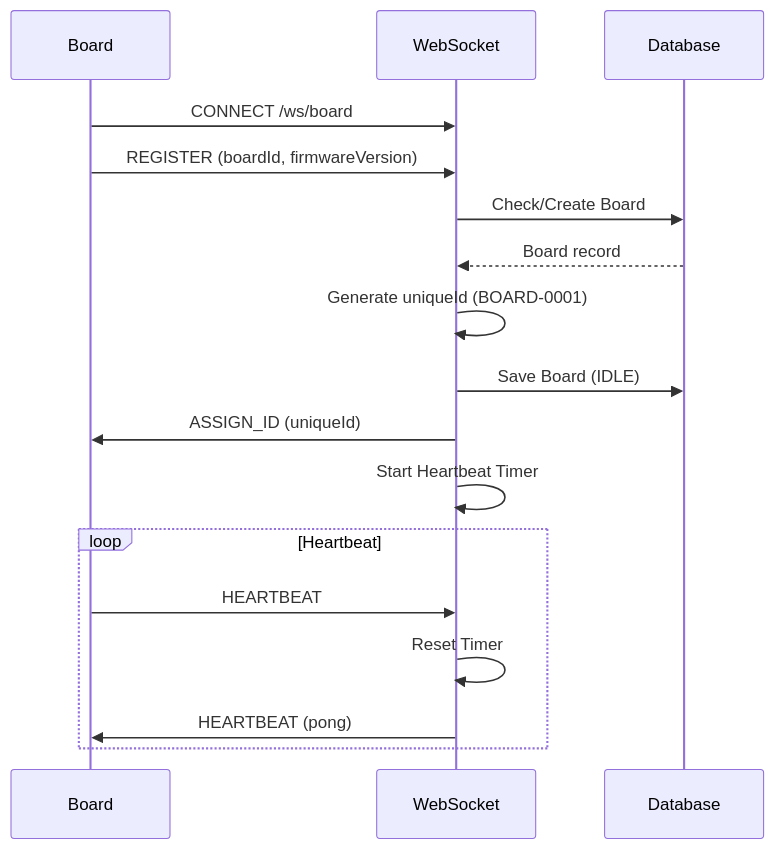
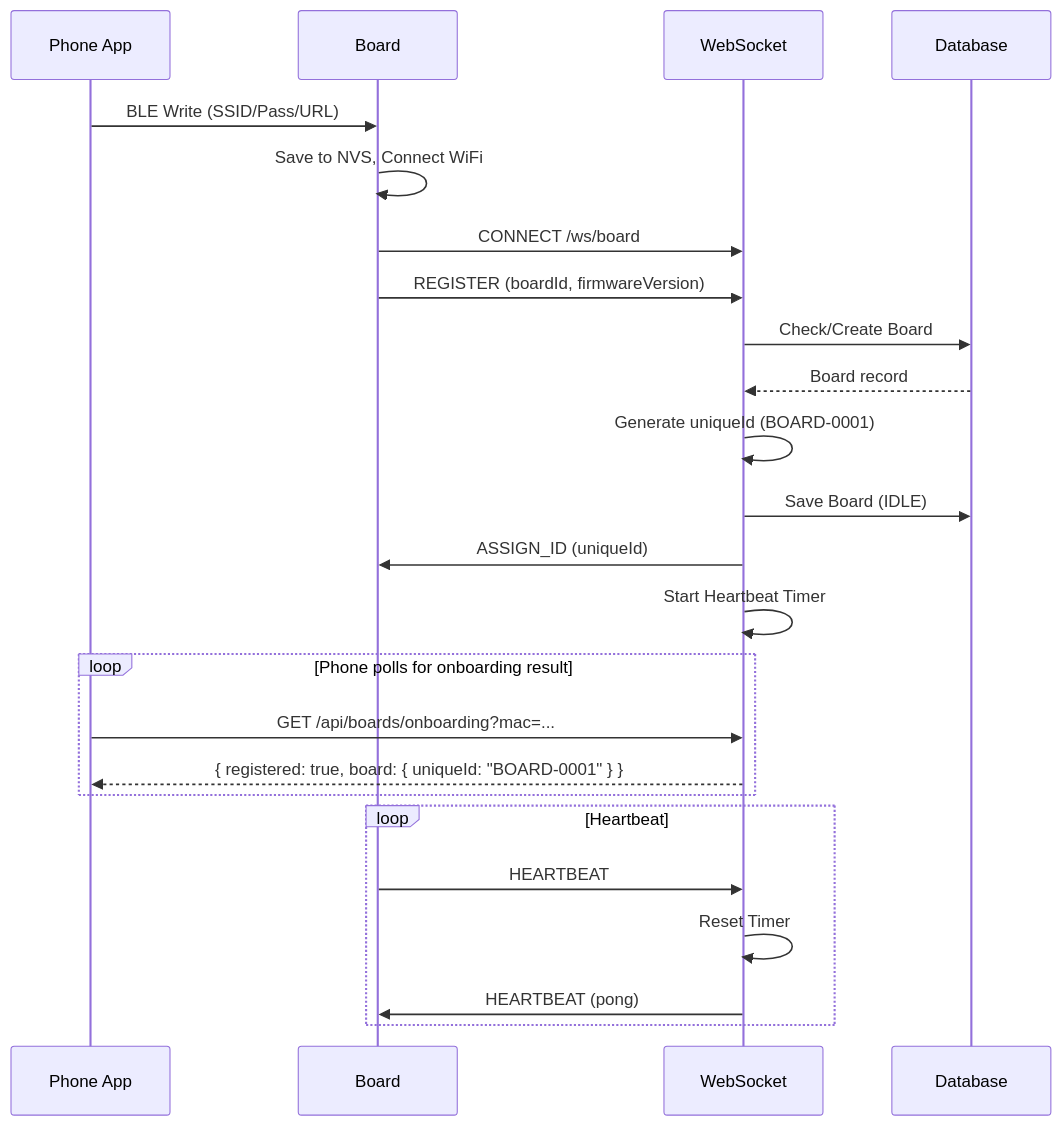
Before and after one commit to hyunu/nexio: the third of 7 diagrams in apps/server/design.md, drawn with Mermaid. The commit also changed other lines of this file and 25 other files, not shown here.

````diff
--- a/apps/server/design.md
+++ b/apps/server/design.md
@@ -90,21 +90,30 @@
 ```mermaid
 sequenceDiagram
+    participant Phone as Phone App
     participant B as Board
     participant WS as WebSocket
     participant DB as Database
+
+    Phone->>B: BLE Write (SSID/Pass/URL)
+    B->>B: Save to NVS, Connect WiFi
 
     B->>WS: CONNECT /ws/board
     B->>WS: REGISTER (boardId, firmwareVersion)
     WS->>DB: Check/Create Board
     DB-->>WS: Board record
     WS->>WS: Generate uniqueId (BOARD-0001)
     WS->>DB: Save Board (IDLE)
     WS->>B: ASSIGN_ID (uniqueId)
     WS->>WS: Start Heartbeat Timer
 
+    loop Phone polls for onboarding result
+        Phone->>WS: GET /api/boards/onboarding?mac=...
+        WS-->>Phone: { registered: true, board: { uniqueId: "BOARD-0001" } }
+    end
+
     loop Heartbeat
         B->>WS: HEARTBEAT
         WS->>WS: Reset Timer
         WS->>B: HEARTBEAT (pong)
     end
 ```
````
